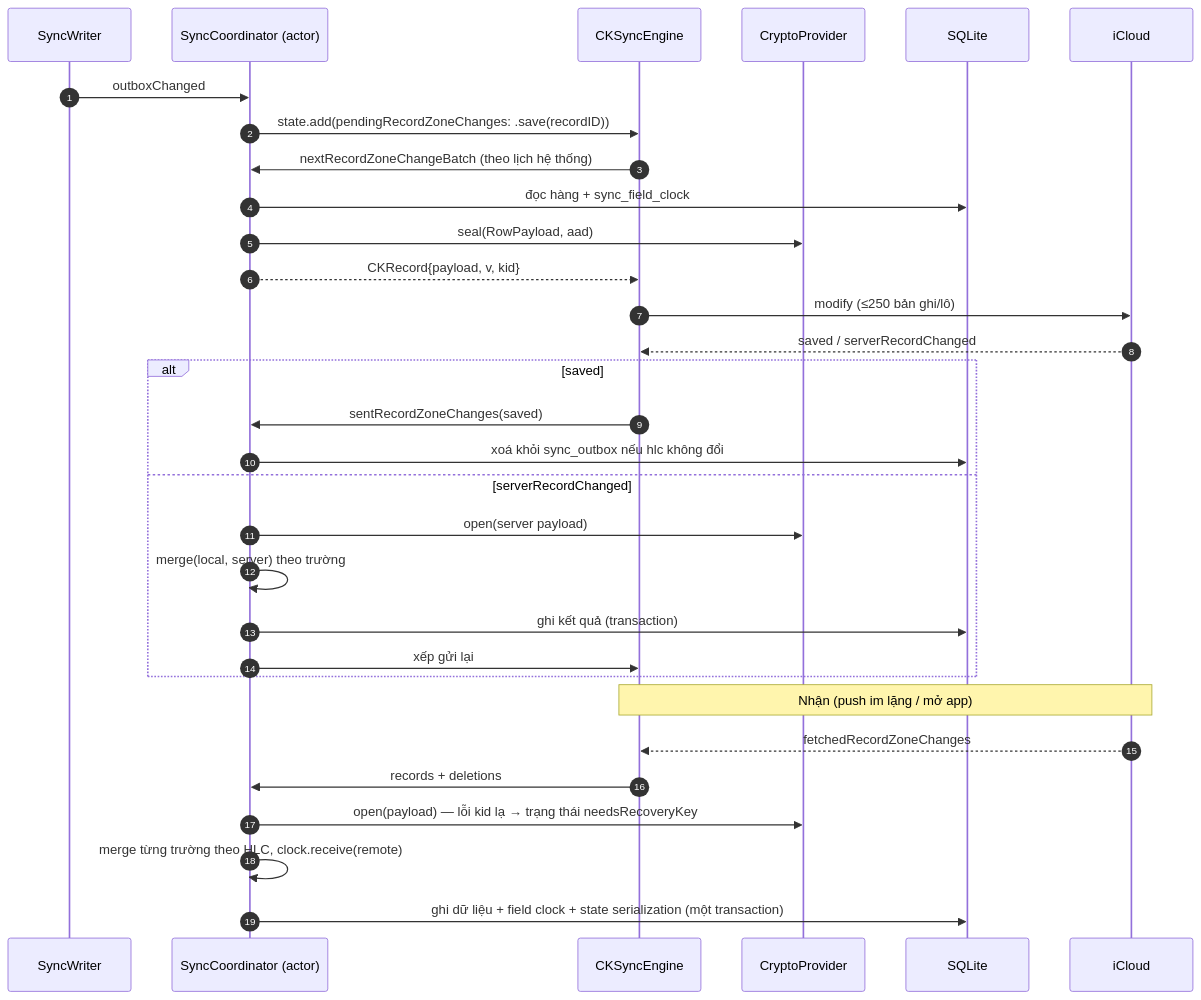
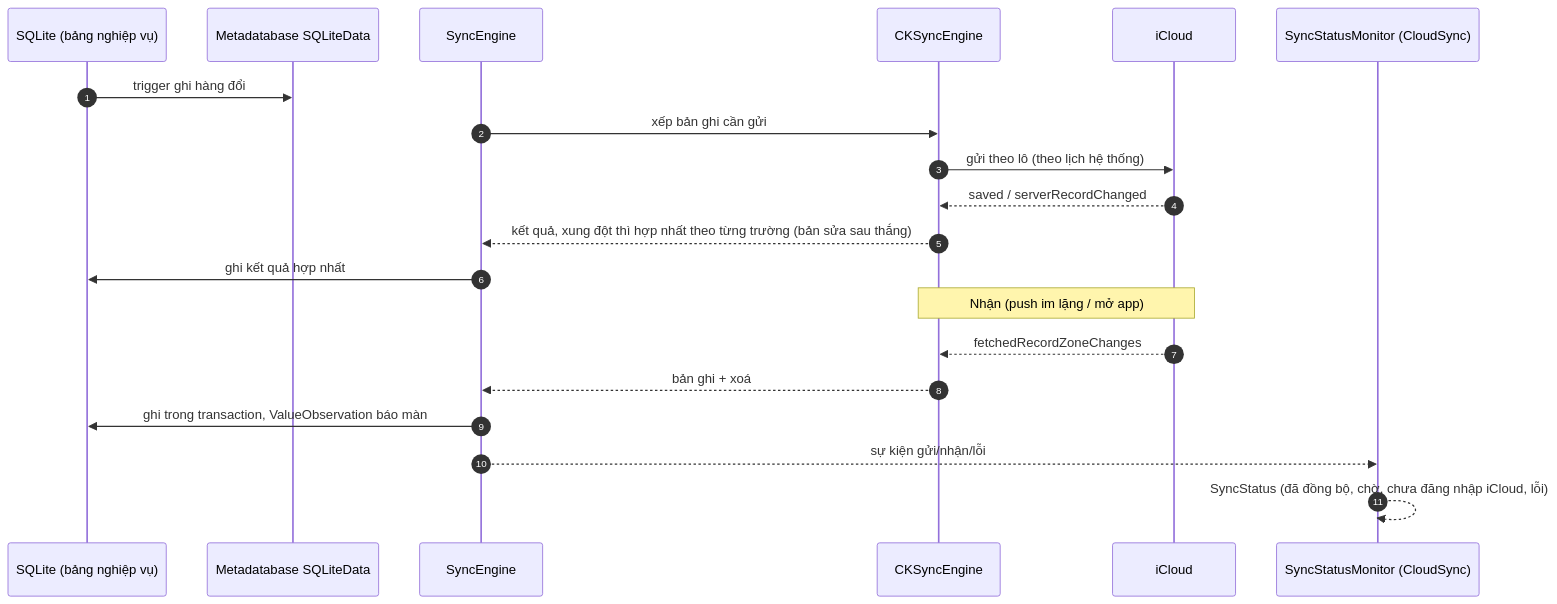
Before and after one commit to duong6003/Life-OS: the sixth of 9 diagrams in docs/architecture/system-design.md, drawn with Mermaid. The commit also changed other lines of this file and 71 other files, not shown here.

Commit message:
docs: adopt SQLiteData for MVP (ADR-0016)

````diff
--- a/docs/architecture/system-design.md
+++ b/docs/architecture/system-design.md
@@ -157,33 +151,22 @@
 ```mermaid
 sequenceDiagram
   autonumber
-  participant W as SyncWriter
-  participant C as SyncCoordinator (actor)
+  participant DB as SQLite (bảng nghiệp vụ)
+  participant MD as Metadatabase SQLiteData
+  participant SE as SyncEngine
   participant E as CKSyncEngine
-  participant K as CryptoProvider
-  participant DB as SQLite
   participant CK as iCloud
-  W->>C: outboxChanged
-  C->>E: state.add(pendingRecordZoneChanges: .save(recordID))
-  E->>C: nextRecordZoneChangeBatch (theo lịch hệ thống)
-  C->>DB: đọc hàng + sync_field_clock
-  C->>K: seal(RowPayload, aad)
-  C-->>E: CKRecord{payload, v, kid}
-  E->>CK: modify (≤250 bản ghi/lô)
+  participant M as SyncStatusMonitor (CloudSync)
+  DB->>MD: trigger ghi hàng đổi
+  SE->>E: xếp bản ghi cần gửi
+  E->>CK: gửi theo lô (theo lịch hệ thống)
   CK-->>E: saved / serverRecordChanged
-  alt saved
-    E->>C: sentRecordZoneChanges(saved)
-    C->>DB: xoá khỏi sync_outbox nếu hlc không đổi
-  else serverRecordChanged
-    C->>K: open(server payload)
-    C->>C: merge(local, server) theo trường
-    C->>DB: ghi kết quả (transaction)
-    C->>E: xếp gửi lại
-  end
+  E-->>SE: kết quả, xung đột thì hợp nhất theo từng trường (bản sửa sau thắng)
+  SE->>DB: ghi kết quả hợp nhất
   Note over CK,E: Nhận (push im lặng / mở app)
   CK-->>E: fetchedRecordZoneChanges
-  E->>C: records + deletions
-  C->>K: open(payload) — lỗi kid lạ → trạng thái needsRecoveryKey
-  C->>C: merge từng trường theo HLC, clock.receive(remote)
-  C->>DB: ghi dữ liệu + field clock + state serialization (một transaction)
+  E-->>SE: bản ghi + xoá
+  SE->>DB: ghi trong transaction, ValueObservation báo màn
+  SE-->>M: sự kiện gửi/nhận/lỗi
+  M-->>M: SyncStatus (đã đồng bộ, chờ, chưa đăng nhập iCloud, lỗi)
 ```
````
